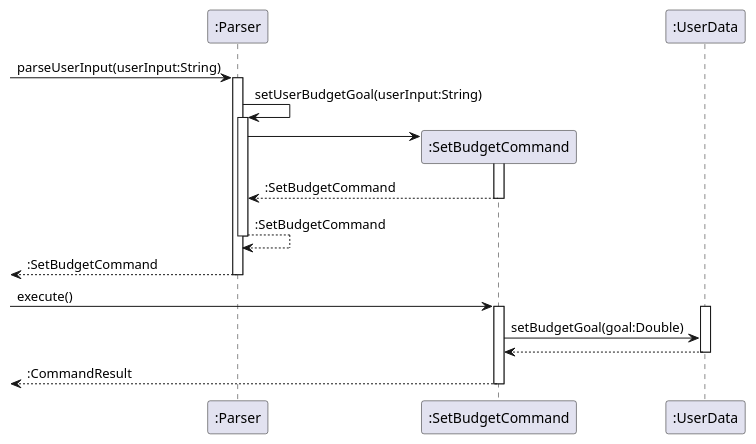
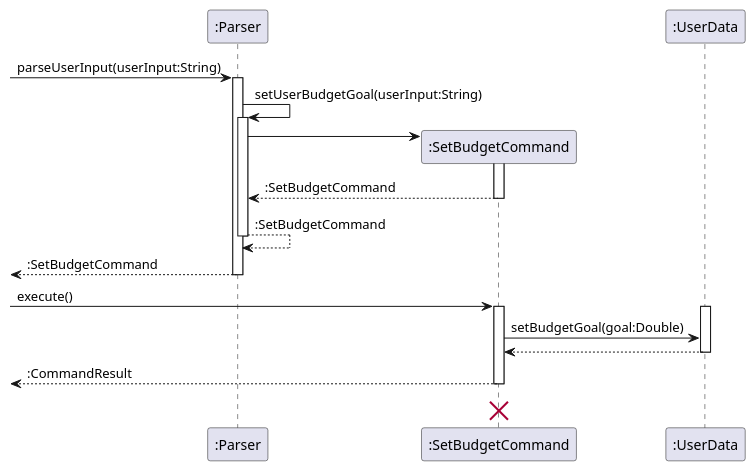
Before and after one commit to nus-cs2113-AY2223S2/tp: the diagram in docs/diagrams/SetBudgetCommand.puml, drawn with PlantUML. The commit also changed 18 other files, not shown here.

Commit message:
Standardise sequence diagrams

```diff
--- a/docs/diagrams/SetBudgetCommand.puml
+++ b/docs/diagrams/SetBudgetCommand.puml
@@ -1,29 +1,31 @@
 @startuml
 participant ":Parser" as Parser
 participant ":SetBudgetCommand" as SetBudgetCommand
 participant ":UserData" as UserData
 
 [-> Parser : parseUserInput(userInput:String)
 activate Parser
 Parser -> Parser : setUserBudgetGoal(userInput:String)
 activate Parser
 create SetBudgetCommand
 Parser -> SetBudgetCommand
 activate SetBudgetCommand
 SetBudgetCommand --> Parser : :SetBudgetCommand
 deactivate SetBudgetCommand
 Parser --> Parser : :SetBudgetCommand
 deactivate Parser
 Parser -->[ : :SetBudgetCommand
 
 deactivate Parser
 [-> SetBudgetCommand : execute()
 activate SetBudgetCommand
 activate UserData
 SetBudgetCommand -> UserData : setBudgetGoal(goal:Double)
 UserData --> SetBudgetCommand
 deactivate UserData
 SetBudgetCommand -->[ : :CommandResult
 deactivate SetBudgetCommand
-
+SetBudgetCommand <-[hidden]- SetBudgetCommand
+'Hidden arrow to position the destroy marker below the end of the activation bar.
+destroy SetBudgetCommand
 @enduml
```
